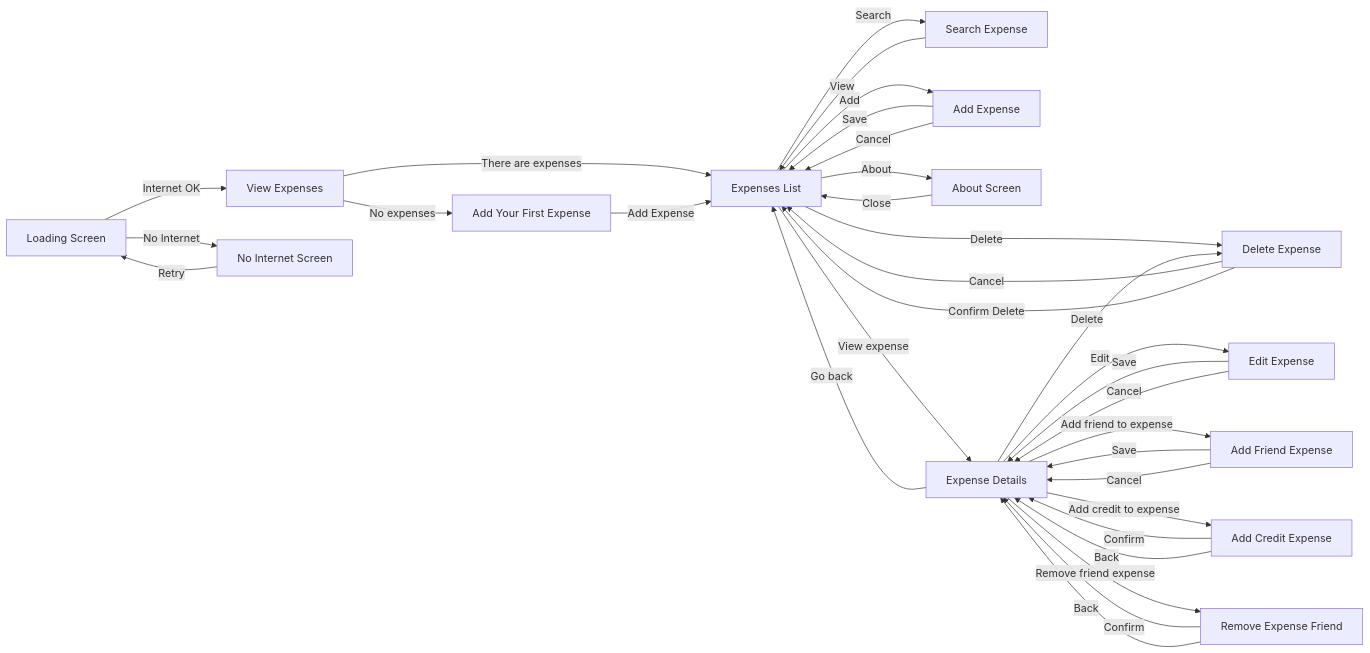
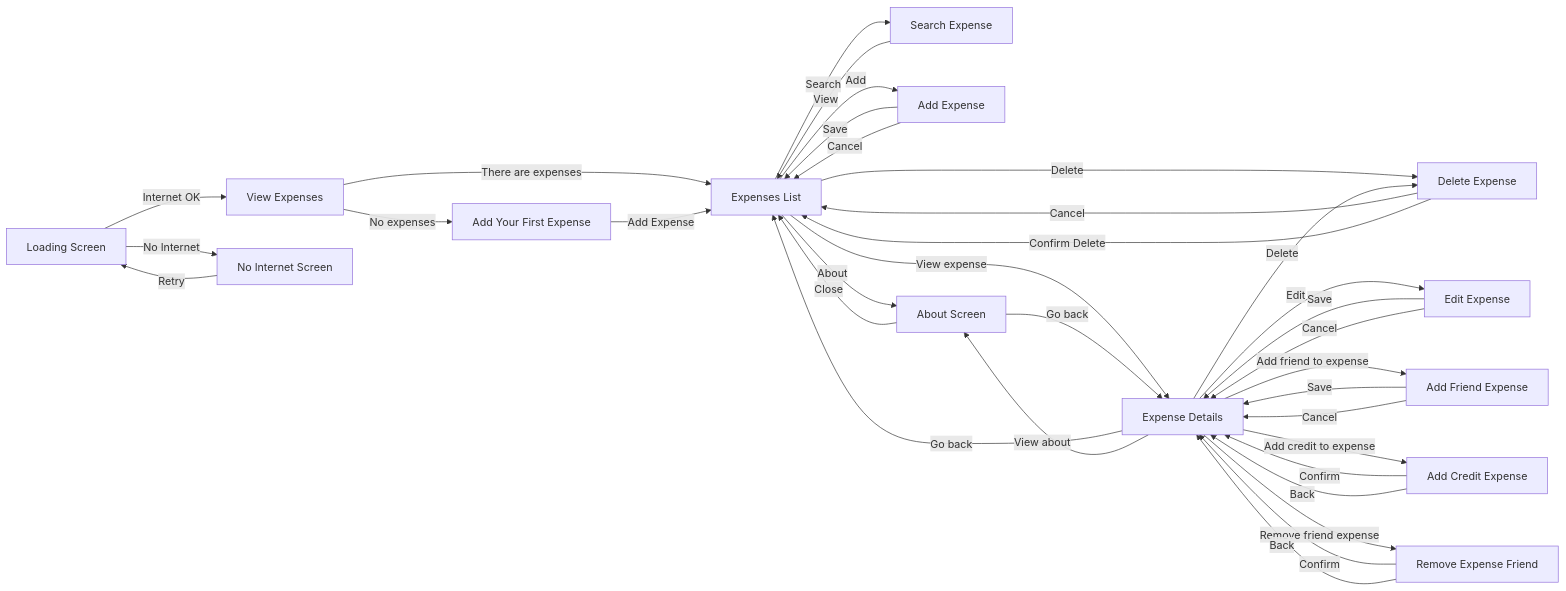
The sixth of 7 diagrams in docs/diseño_sw.md (alexborrazasm/ipm), drawn with Mermaid before and after one commit. The commit also changed other lines of this file, not shown here.

````diff
--- a/docs/diseño_sw.md
+++ b/docs/diseño_sw.md
@@ -493,50 +496,53 @@
 ```mermaid
 flowchart LR
 
     A[Loading Screen] -->|Internet OK| B[View Expenses]
     A -->|No Internet| C[No Internet Screen]
 
     B -->|There are expenses| D[Expenses List]
     B -->|No expenses| E[Add Your First Expense]
 
     D -->|Search| F[Search Expense]
     D -->|Add| G[Add Expense]
     D -->|About| H[About Screen]
     D -->|View expense| I[Expense Details]
     D -->|Delete| J[Delete Expense]
 
     I -->|Go back| D
+    I -->|View about| H
     I -->|Delete| J
     I -->|Edit| L[Edit Expense]
     I -->|Add friend to expense| M[Add Friend Expense]
     I -->|Add credit to expense| N[Add Credit Expense]
     I -->|Remove friend expense| O[Remove Expense Friend]
 
     O -->|Confirm| I
     O -->|Back| I
 
+    H -->|Go back| I
+    
     N -->|Confirm| I
     N -->|Back| I
 
     M -->|Save| I
     M -->|Cancel| I
 
     L -->|Save| I
     L -->|Cancel| I
 
     J -->|Cancel| D
     J -->|Confirm Delete| D
 
     G -->|Save| D
     G -->|Cancel| D
 
     H -->|Close| D
 
     F -->|View| D
 
     E -->|Add Expense| D
 
     C -->|Retry| A
 
 
 ```
````
